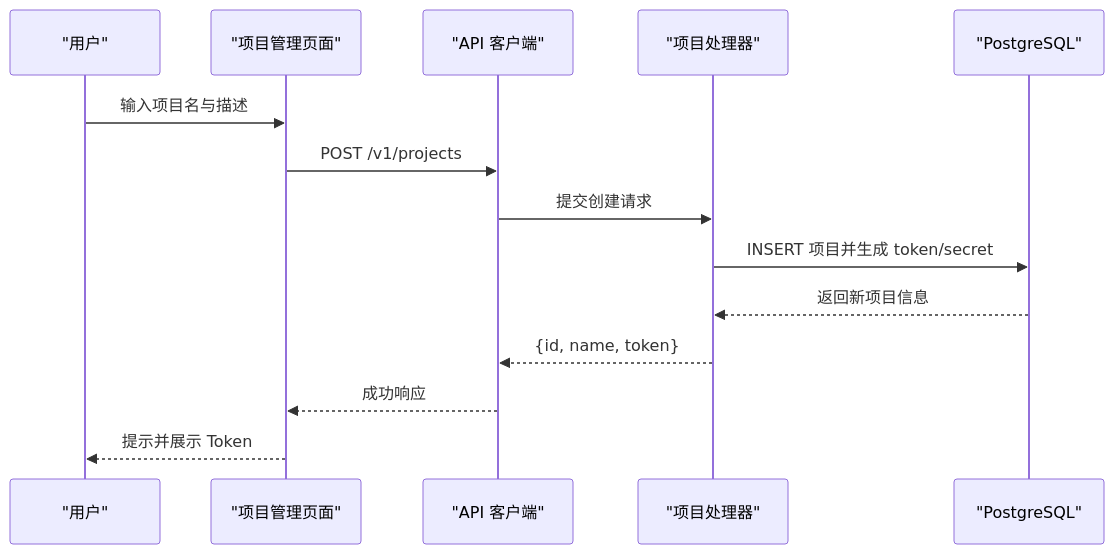
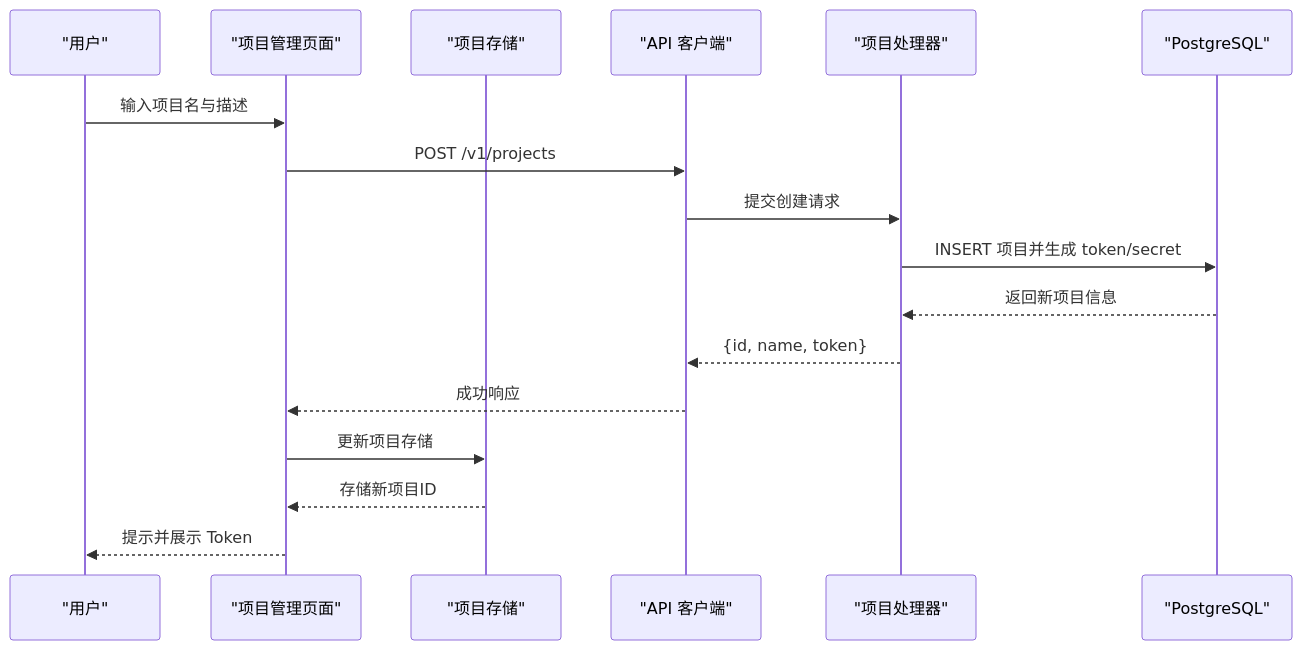
The fifth of 9 diagrams in .qoder/repowiki/zh/content/Web控制台/项目管理功能.md (zhen-zhong/AeroLog), drawn with Mermaid before and after one commit. The commit also changed other lines of this file and 72 other files, not shown here.

````diff
--- a/.qoder/repowiki/zh/content/Web控制台/项目管理功能.md
+++ b/.qoder/repowiki/zh/content/Web控制台/项目管理功能.md
@@ -186,16 +283,19 @@
 ```mermaid
 sequenceDiagram
 participant U as "用户"
 participant P as "项目管理页面"
+participant PS as "项目存储"
 participant A as "API 客户端"
 participant H as "项目处理器"
 participant DB as "PostgreSQL"
 U->>P : 输入项目名与描述
 P->>A : POST /v1/projects
 A->>H : 提交创建请求
 H->>DB : INSERT 项目并生成 token/secret
 DB-->>H : 返回新项目信息
 H-->>A : {id, name, token}
 A-->>P : 成功响应
+P->>PS : 更新项目存储
+PS-->>P : 存储新项目ID
 P-->>U : 提示并展示 Token
 ```
````
